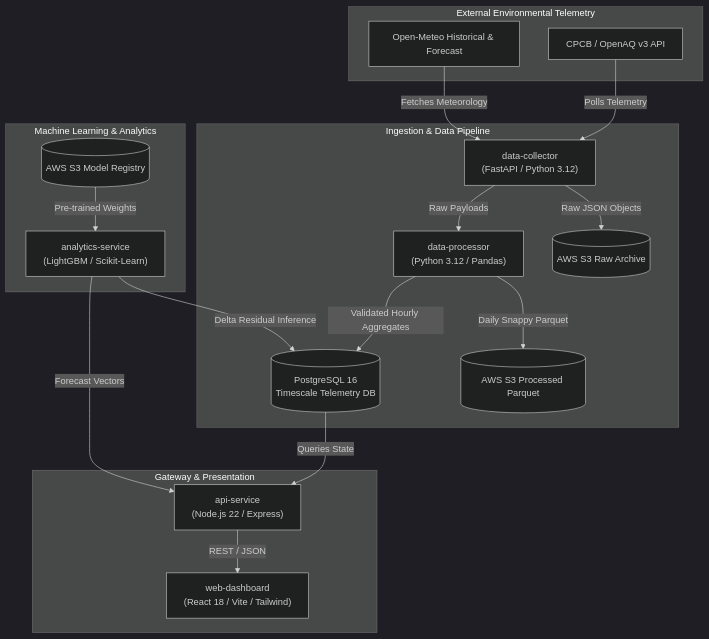
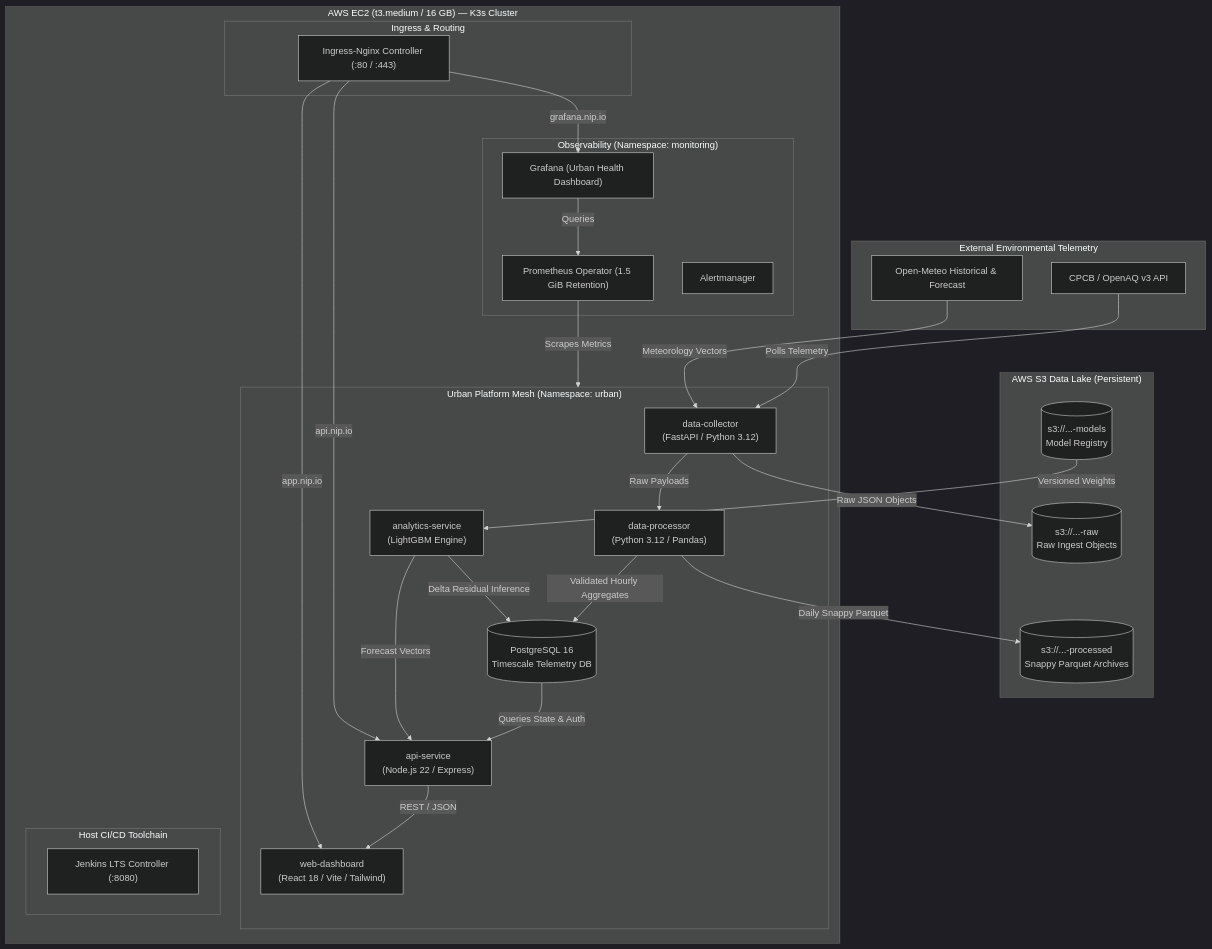
One commit to Akash123-cyber/Urban-Environmental-Intelligence-Prediction-Platform changed the first of 2 diagrams in README.md. Above: the diagram before and after it, drawn with Mermaid (dark theme). The commit also changed other lines of this file and 19 other files, not shown here.

````diff
--- a/README.md
+++ b/README.md
@@ -46,37 +97,55 @@
 ```mermaid
 flowchart TD
   subgraph DataSources["External Environmental Telemetry"]
     CPCB["CPCB / OpenAQ v3 API"]
     METEO["Open-Meteo Historical & Forecast"]
   end
 
-  subgraph IngestionAndProcessing["Ingestion & Data Pipeline"]
-    DC["data-collector<br/>(FastAPI / Python 3.12)"]
-    DP["data-processor<br/>(Python 3.12 / Pandas)"]
-    DB[("PostgreSQL 16<br/>Timescale Telemetry DB")]
-    S3_RAW[("AWS S3 Raw Archive")]
-    S3_PROC[("AWS S3 Processed Parquet")]
+  subgraph S3DataLake["AWS S3 Data Lake (Persistent)"]
+    S3_RAW[("s3://...-raw<br/>Raw Ingest Objects")]
+    S3_PROC[("s3://...-processed<br/>Snappy Parquet Archives")]
+    S3_MODELS[("s3://...-models<br/>Model Registry")]
   end
 
-  subgraph AnalyticsAndML["Machine Learning & Analytics"]
-    ANA["analytics-service<br/>(LightGBM / Scikit-Learn)"]
-    S3_MODELS[("AWS S3 Model Registry")]
-  end
+  subgraph K3sCluster["AWS EC2 (t3.medium / 16 GB) — K3s Cluster"]
+    subgraph IngressLayer["Ingress & Routing"]
+      ING["Ingress-Nginx Controller (:80 / :443)"]
+    end
 
-  subgraph PresentationGateway["Gateway & Presentation"]
-    API["api-service<br/>(Node.js 22 / Express)"]
-    UI["web-dashboard<br/>(React 18 / Vite / Tailwind)"]
+    subgraph AppMesh["Urban Platform Mesh (Namespace: urban)"]
+      DC["data-collector<br/>(FastAPI / Python 3.12)"]
+      DP["data-processor<br/>(Python 3.12 / Pandas)"]
+      ANA["analytics-service<br/>(LightGBM Engine)"]
+      API["api-service<br/>(Node.js 22 / Express)"]
+      UI["web-dashboard<br/>(React 18 / Vite / Tailwind)"]
+      DB[("PostgreSQL 16<br/>Timescale Telemetry DB")]
+    end
+
+    subgraph MonitoringMesh["Observability (Namespace: monitoring)"]
+      PROM["Prometheus Operator (1.5 GiB Retention)"]
+      GRAF["Grafana (Urban Health Dashboard)"]
+      AM["Alertmanager"]
+    end
+
+    subgraph CICDMesh["Host CI/CD Toolchain"]
+      JENK["Jenkins LTS Controller (:8080)"]
+    end
   end
 
   CPCB -->|Polls Telemetry| DC
-  METEO -->|Fetches Meteorology| DC
+  METEO -->|Meteorology Vectors| DC
+  DC -->|Raw JSON Objects| S3_RAW
   DC -->|Raw Payloads| DP
-  DC -->|Raw JSON Objects| S3_RAW
   DP -->|Validated Hourly Aggregates| DB
   DP -->|Daily Snappy Parquet| S3_PROC
   ANA -->|Delta Residual Inference| DB
-  S3_MODELS -->|Pre-trained Weights| ANA
-  DB -->|Queries State| API
+  S3_MODELS -->|Versioned Weights| ANA
+  DB -->|Queries State & Auth| API
   ANA -->|Forecast Vectors| API
   API -->|REST / JSON| UI
+  ING -->|app.nip.io| UI
+  ING -->|api.nip.io| API
+  ING -->|grafana.nip.io| GRAF
+  PROM -->|Scrapes Metrics| AppMesh
+  GRAF -->|Queries| PROM
 ```
````
